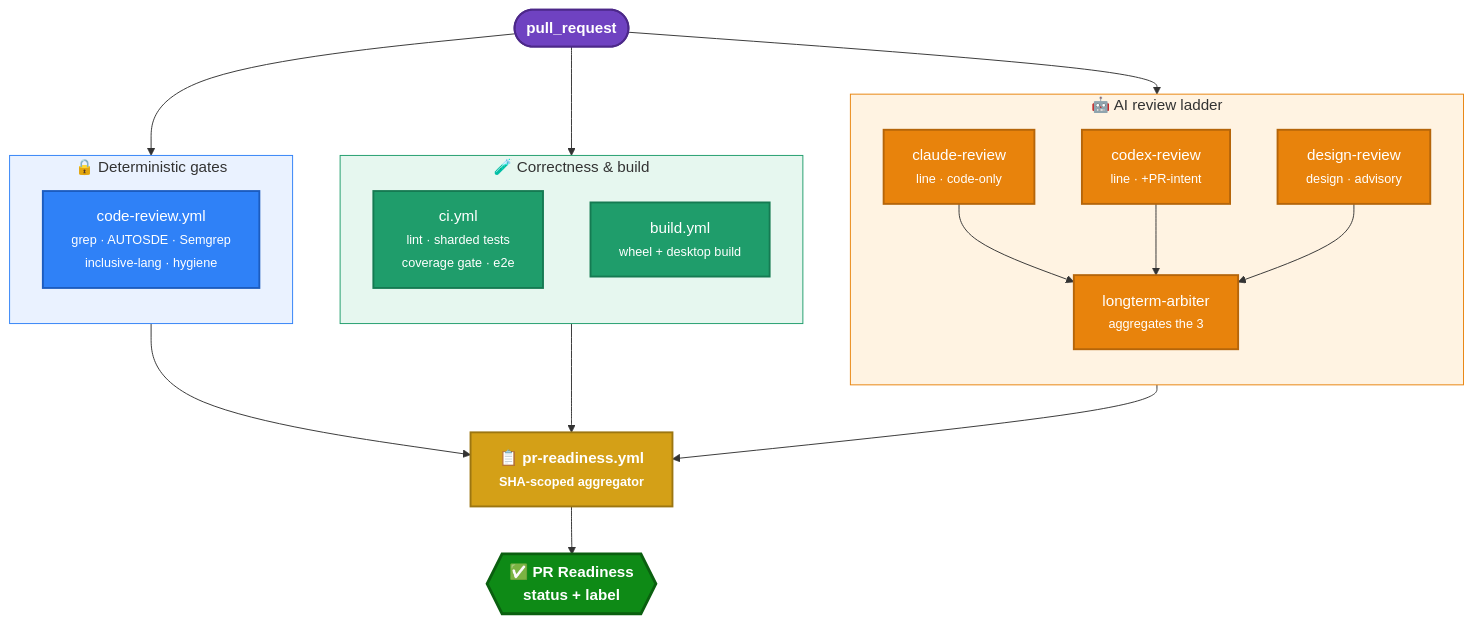
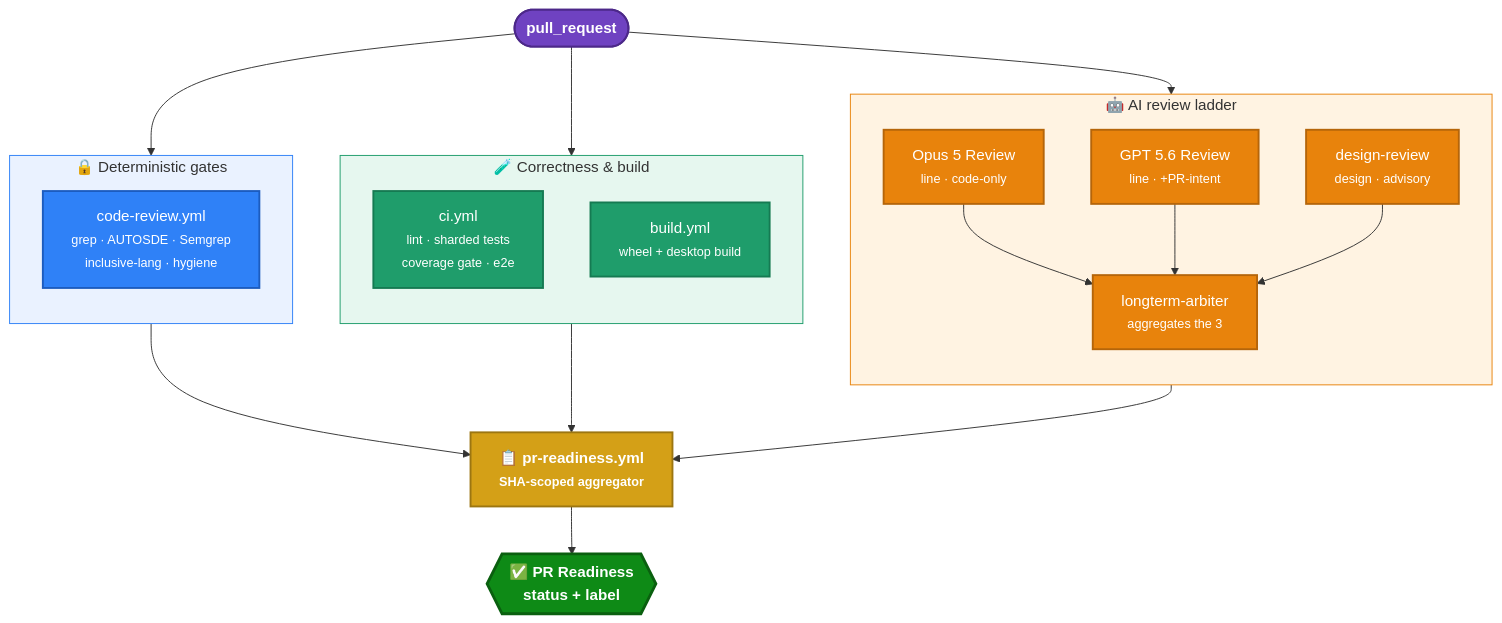
The first of 3 diagrams in docs/ci/ci-and-prepare-pr.md (Arin016/KiroCrew), drawn with Mermaid before and after one commit. The commit also changed other lines of this file and 10 other files, not shown here.

````diff
--- a/docs/ci/ci-and-prepare-pr.md
+++ b/docs/ci/ci-and-prepare-pr.md
@@ -13,48 +13,48 @@
 ```mermaid
 flowchart TB
     PR([" pull_request "]) --> DG & CB & AI
 
     subgraph DG["🔒 Deterministic gates"]
         direction TB
         CR["code-review.yml<br/><small>grep · AUTOSDE · Semgrep<br/>inclusive-lang · hygiene</small>"]
     end
     subgraph CB["🧪 Correctness & build"]
         direction TB
         CI["ci.yml<br/><small>lint · sharded tests<br/>coverage gate · e2e</small>"]
         BD["build.yml<br/><small>wheel + desktop build</small>"]
     end
     subgraph AI["🤖 AI review ladder"]
         direction TB
-        CL["claude-review<br/><small>line · code-only</small>"]
-        CX["codex-review<br/><small>line · +PR-intent</small>"]
+        CL["Opus 5 Review<br/><small>line · code-only</small>"]
+        CX["GPT 5.6 Review<br/><small>line · +PR-intent</small>"]
         DR["design-review<br/><small>design · advisory</small>"]
         AR["longterm-arbiter<br/><small>aggregates the 3</small>"]
         CL --> AR
         CX --> AR
         DR --> AR
     end
 
     DG --> RD
     CB --> RD
     AI --> RD
     RD["📋 pr-readiness.yml<br/><small>SHA-scoped aggregator</small>"]
     RD --> V{{"✅ PR Readiness<br/>status + label"}}
 
     classDef entry fill:#6f42c1,stroke:#4c2889,stroke-width:2px,color:#fff,font-weight:bold;
     classDef gate fill:#2f81f7,stroke:#1c5cbf,stroke-width:2px,color:#fff;
     classDef test fill:#1f9d6b,stroke:#157a52,stroke-width:2px,color:#fff;
     classDef ai fill:#e8830c,stroke:#b5650a,stroke-width:2px,color:#fff;
     classDef agg fill:#d4a017,stroke:#9c7611,stroke-width:2px,color:#fff,font-weight:bold;
     classDef verdict fill:#0e8a16,stroke:#0a5f0f,stroke-width:3px,color:#fff,font-weight:bold;
 
     class PR entry;
     class CR gate;
     class CI,BD test;
     class CL,CX,DR,AR ai;
     class RD agg;
     class V verdict;
 
     style DG fill:#eaf2ff,stroke:#2f81f7,stroke-width:1px;
     style CB fill:#e6f7ef,stroke:#1f9d6b,stroke-width:1px;
     style AI fill:#fff3e2,stroke:#e8830c,stroke-width:1px;
 ```
````
